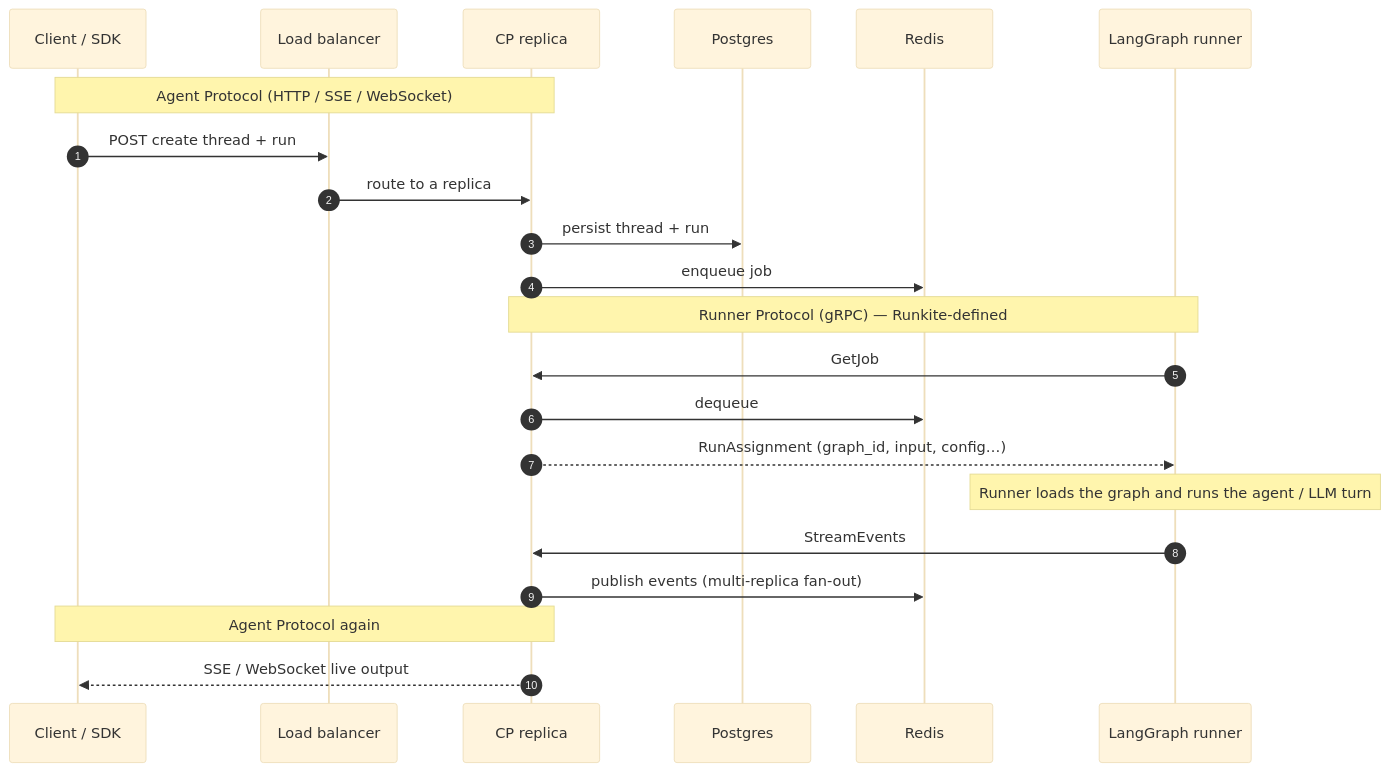
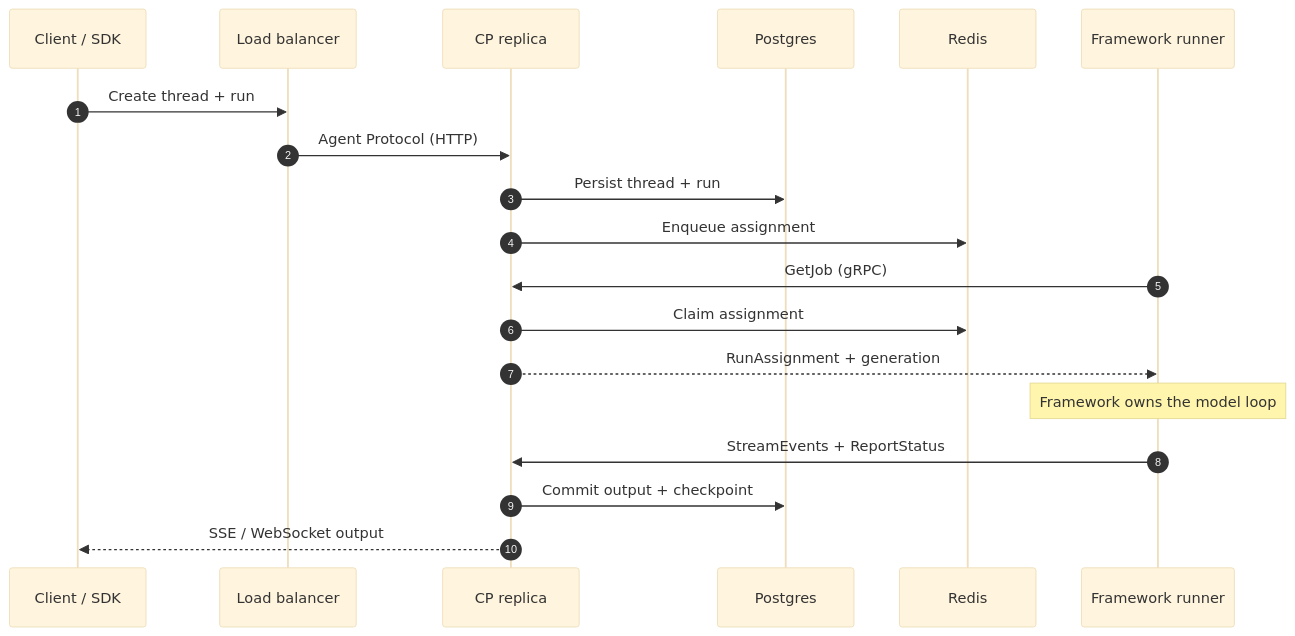
One commit to getrunkite/runkite changed the first of 2 diagrams in README.md. Above: the diagram before and after it, drawn with Mermaid (base theme). The commit also changed other lines of this file and 9 other files, not shown here.

````diff
--- a/README.md
+++ b/README.md
@@ -145,27 +143,22 @@
-```mermaid
+~~~mermaid
 sequenceDiagram
   autonumber
   participant C as Client / SDK
   participant LB as Load balancer
   participant CP as CP replica
   participant PG as Postgres
   participant RD as Redis
-  participant R as LangGraph runner
+  participant R as Framework runner
 
-  Note over C,CP: Agent Protocol (HTTP / SSE / WebSocket)
-  C->>LB: POST create thread + run
-  LB->>CP: route to a replica
-  CP->>PG: persist thread + run
-  CP->>RD: enqueue job
-
-  Note over CP,R: Runner Protocol (gRPC) — Runkite-defined
-  R->>CP: GetJob
-  CP->>RD: dequeue
-  CP-->>R: RunAssignment (graph_id, input, config…)
-  Note over R: Runner loads the graph and runs the agent / LLM turn
-  R->>CP: StreamEvents
-  CP->>RD: publish events (multi-replica fan-out)
-
-  Note over C,CP: Agent Protocol again
-  CP-->>C: SSE / WebSocket live output
-```
+  C->>LB: Create thread + run
+  LB->>CP: Agent Protocol (HTTP)
+  CP->>PG: Persist thread + run
+  CP->>RD: Enqueue assignment
+  R->>CP: GetJob (gRPC)
+  CP->>RD: Claim assignment
+  CP-->>R: RunAssignment + generation
+  Note over R: Framework owns the model loop
+  R->>CP: StreamEvents + ReportStatus
+  CP->>PG: Commit output + checkpoint
+  CP-->>C: SSE / WebSocket output
+~~~
````
